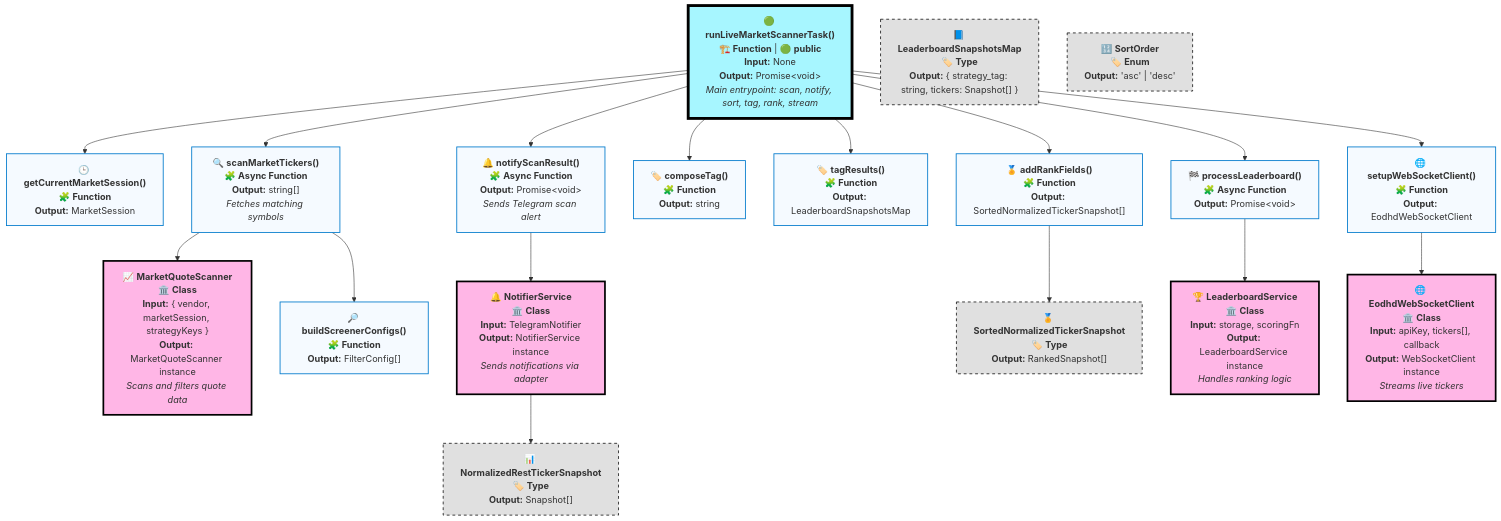
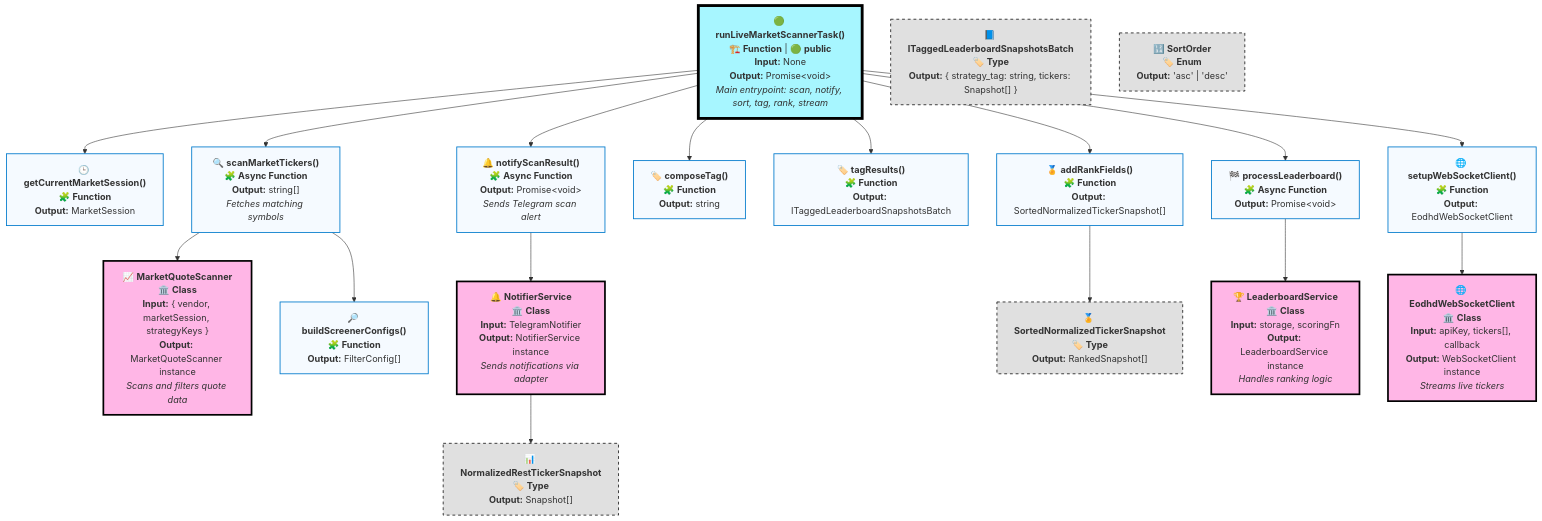
The diagram in src/tasks/runLiveMarketScannerTask__2.graph.mmd (monolithgoon/momentum-trend-notification-bot), drawn with Mermaid before and after one commit. The commit also changed 68 other files, not shown here.

```diff
--- a/src/tasks/runLiveMarketScannerTask__2.graph.mmd
+++ b/src/tasks/runLiveMarketScannerTask__2.graph.mmd
@@ -1,55 +1,55 @@
 graph TD
 
   runLiveMarketScannerTask["🟢 <b>runLiveMarketScannerTask()</b><br/>🏗️ <b>Function</b> | 🟢 <b>public</b><br/><b>Input:</b> None<br/><b>Output:</b> Promise&lt;void&gt;<br/><i>Main entrypoint: scan, notify, sort, tag, rank, stream</i>"]:::mainnode
 
   MarketQuoteScanner["📈 <b>MarketQuoteScanner</b><br/>🏛️ <b>Class</b><br/><b>Input:</b> { vendor, marketSession, strategyKeys }<br/><b>Output:</b> MarketQuoteScanner instance<br/><i>Scans and filters quote data</i>"]:::classnode
 
   NotifierService["🔔 <b>NotifierService</b><br/>🏛️ <b>Class</b><br/><b>Input:</b> TelegramNotifier<br/><b>Output:</b> NotifierService instance<br/><i>Sends notifications via adapter</i>"]:::classnode
 
   LeaderboardService["🏆 <b>LeaderboardService</b><br/>🏛️ <b>Class</b><br/><b>Input:</b> storage, scoringFn<br/><b>Output:</b> LeaderboardService instance<br/><i>Handles ranking logic</i>"]:::classnode
 
   EodhdWebSocketClient["🌐 <b>EodhdWebSocketClient</b><br/>🏛️ <b>Class</b><br/><b>Input:</b> apiKey, tickers[], callback<br/><b>Output:</b> WebSocketClient instance<br/><i>Streams live tickers</i>"]:::classnode
 
   NormalizedRestTickerSnapshot["📊 <b>NormalizedRestTickerSnapshot</b><br/>🏷️ <b>Type</b><br/><b>Output:</b> Snapshot[]"]:::typenode
 
   SortedNormalizedTickerSnapshot["🏅 <b>SortedNormalizedTickerSnapshot</b><br/>🏷️ <b>Type</b><br/><b>Output:</b> RankedSnapshot[]"]:::typenode
 
-  LeaderboardSnapshotsMap["📘 <b>LeaderboardSnapshotsMap</b><br/>🏷️ <b>Type</b><br/><b>Output:</b> { strategy_tag: string, tickers: Snapshot[] }"]:::typenode
+  ITaggedLeaderboardSnapshotsBatch["📘 <b>ITaggedLeaderboardSnapshotsBatch</b><br/>🏷️ <b>Type</b><br/><b>Output:</b> { strategy_tag: string, tickers: Snapshot[] }"]:::typenode
 
   SortOrder["🔢 <b>SortOrder</b><br/>🏷️ <b>Enum</b><br/><b>Output:</b> 'asc' | 'desc'"]:::typenode
 
   scanMarketTickers["🔍 <b>scanMarketTickers()</b><br/>🧩 <b>Async Function</b><br/><b>Output:</b> string[]<br/><i>Fetches matching symbols</i>"]:::util
   notifyScanResult["🔔 <b>notifyScanResult()</b><br/>🧩 <b>Async Function</b><br/><b>Output:</b> Promise&lt;void&gt;<br/><i>Sends Telegram scan alert</i>"]:::util
-  addTagsToMarketScanResult["🏷️ <b>tagResults()</b><br/>🧩 <b>Function</b><br/><b>Output:</b> LeaderboardSnapshotsMap"]:::util
+  addTagsToMarketScanResult["🏷️ <b>tagResults()</b><br/>🧩 <b>Function</b><br/><b>Output:</b> ITaggedLeaderboardSnapshotsBatch"]:::util
   addRankFields["🏅 <b>addRankFields()</b><br/>🧩 <b>Function</b><br/><b>Output:</b> SortedNormalizedTickerSnapshot[]"]:::util
   buildScreenerConfigs["🔎 <b>buildScreenerConfigs()</b><br/>🧩 <b>Function</b><br/><b>Output:</b> FilterConfig[]"]:::util
   getCurrentMarketSession["🕒 <b>getCurrentMarketSession()</b><br/>🧩 <b>Function</b><br/><b>Output:</b> MarketSession"]:::util
   composeScanStrategyTag["🏷️ <b>composeTag()</b><br/>🧩 <b>Function</b><br/><b>Output:</b> string"]:::util
   processLeaderboard["🏁 <b>processLeaderboard()</b><br/>🧩 <b>Async Function</b><br/><b>Output:</b> Promise&lt;void&gt;"]:::util
   setupWebSocketClient["🌐 <b>setupWebSocketClient()</b><br/>🧩 <b>Function</b><br/><b>Output:</b> EodhdWebSocketClient"]:::util
 
   %% Edges
   runLiveMarketScannerTask --> getCurrentMarketSession
   runLiveMarketScannerTask --> scanMarketTickers
   runLiveMarketScannerTask --> notifyScanResult
   runLiveMarketScannerTask --> composeScanStrategyTag
   runLiveMarketScannerTask --> addTagsToMarketScanResult
   runLiveMarketScannerTask --> addRankFields
   runLiveMarketScannerTask --> processLeaderboard
   runLiveMarketScannerTask --> setupWebSocketClient
 
   scanMarketTickers --> MarketQuoteScanner
   scanMarketTickers --> buildScreenerConfigs
 
   notifyScanResult --> NotifierService
   NotifierService --> NormalizedRestTickerSnapshot
 
   addRankFields --> SortedNormalizedTickerSnapshot
   processLeaderboard --> LeaderboardService
   setupWebSocketClient --> EodhdWebSocketClient
 
   %% Styling
   classDef mainnode stroke:#000,stroke-width:5px,fill:#a7f6ff;
   classDef classnode stroke:#000,stroke-width:3px,fill:#ffb6e6;
   classDef typenode fill:#e0e0e0,stroke-dasharray: 5, 5,stroke:#222,stroke-width:1.5px;
   classDef util fill:#f5faff,stroke:#007acc,stroke-width:1.5px;
```
